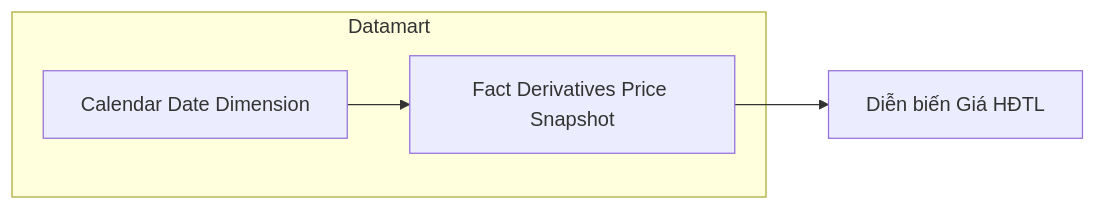
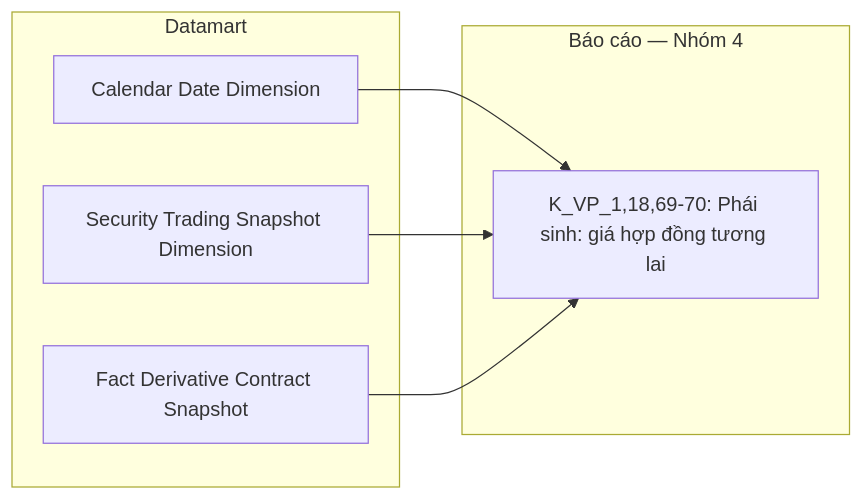
Diagram 15 of 40 in Datamart/hld/DTM_VP_HLD.md (linhlvit/ubck_atomic_design), drawn with Mermaid before and after one commit. The commit also changed other lines of this file and 25 other files, not shown here.

````diff
--- a/Datamart/hld/DTM_VP_HLD.md
+++ b/Datamart/hld/DTM_VP_HLD.md
@@ -521,9 +820,14 @@
 ```mermaid
 flowchart LR
     subgraph GOLD["Datamart"]
-        fct_derv_prc_snpst["Fact Derivatives Price Snapshot"]
-        cdr_dt_dim["Calendar Date Dimension"]
+        Calendar_Date_Dimension["Calendar Date Dimension"]
+        Security_Trading_Snapshot_Dimension["Security Trading Snapshot Dimension"]
+        Fact_Derivative_Contract_Snapshot["Fact Derivative Contract Snapshot"]
     end
-    cdr_dt_dim --> fct_derv_prc_snpst
-    fct_derv_prc_snpst --> RPT4["Diễn biến Giá HĐTL"]
+    subgraph RPT["Báo cáo — Nhóm 4"]
+        R1["K_VP_1,18,69-70: Phái sinh: giá hợp đồng tương lai"]
+    end
+    Calendar_Date_Dimension --> R1
+    Security_Trading_Snapshot_Dimension --> R1
+    Fact_Derivative_Contract_Snapshot --> R1
 ```
````
